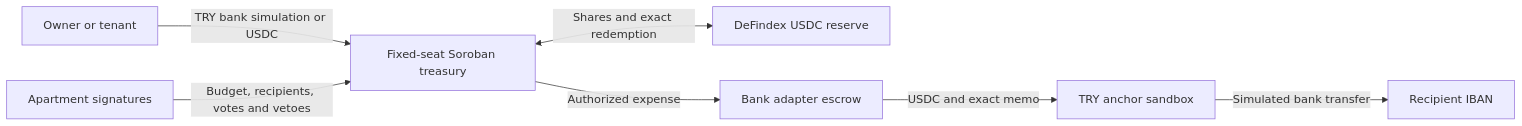
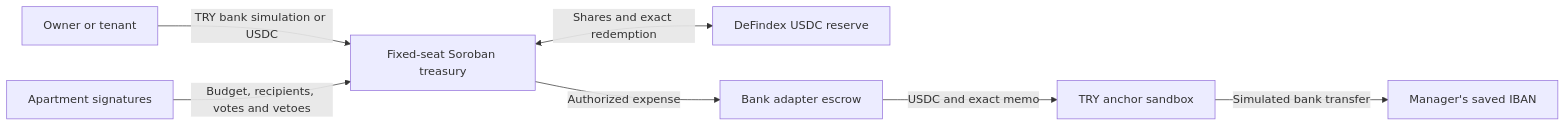
Before and after one commit to mryavascann/aidat: the diagram in README.md, drawn with Mermaid. The commit also changed other lines of this file and 18 other files, not shown here.

````diff
--- a/README.md
+++ b/README.md
@@ -38,9 +40,9 @@
 ```mermaid
 flowchart LR
   Resident[Owner or tenant] -->|TRY bank simulation or USDC| Treasury[Fixed-seat Soroban treasury]
   Treasury <-->|Shares and exact redemption| Reserve[DeFindex USDC reserve]
   Owners[Apartment signatures] -->|Budget, recipients, votes and vetoes| Treasury
   Treasury -->|Authorized expense| Bridge[Bank adapter escrow]
   Bridge -->|USDC and exact memo| Anchor[TRY anchor sandbox]
-  Anchor -->|Simulated bank transfer| IBAN[Recipient IBAN]
+  Anchor -->|Simulated bank transfer| IBAN[Manager's saved IBAN]
 ```
````
